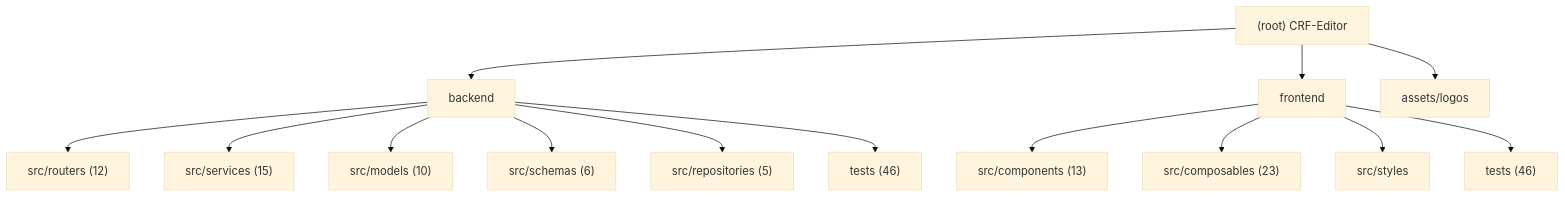
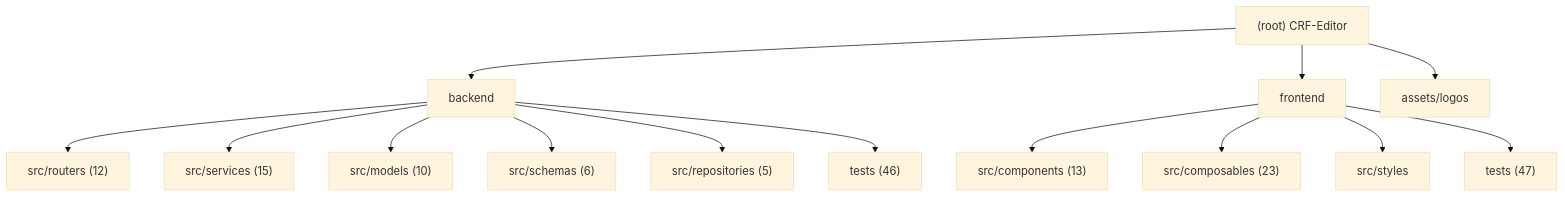
The diagram in .claude/CLAUDE.md (decade6666/CRF-Editor), drawn with Mermaid (base theme) before and after one commit. The commit also changed other lines of this file and 6 other files, not shown here.

````diff
--- a/.claude/CLAUDE.md
+++ b/.claude/CLAUDE.md
@@ -15,19 +15,19 @@
 ```mermaid
 graph TD
     A["(root) CRF-Editor"] --> B["backend"];
     B --> B1["src/routers (12)"];
     B --> B2["src/services (15)"];
     B --> B3["src/models (10)"];
     B --> B4["src/schemas (6)"];
     B --> B5["src/repositories (5)"];
     B --> B6["tests (46)"];
     A --> C["frontend"];
     C --> C1["src/components (13)"];
     C --> C2["src/composables (23)"];
     C --> C3["src/styles"];
-    C --> C4["tests (46)"];
+    C --> C4["tests (47)"];
     A --> D["assets/logos"];
 
     click B "./backend/.claude/CLAUDE.md" "View backend module docs"
     click C "./frontend/.claude/CLAUDE.md" "View frontend module docs"
 ```
````
